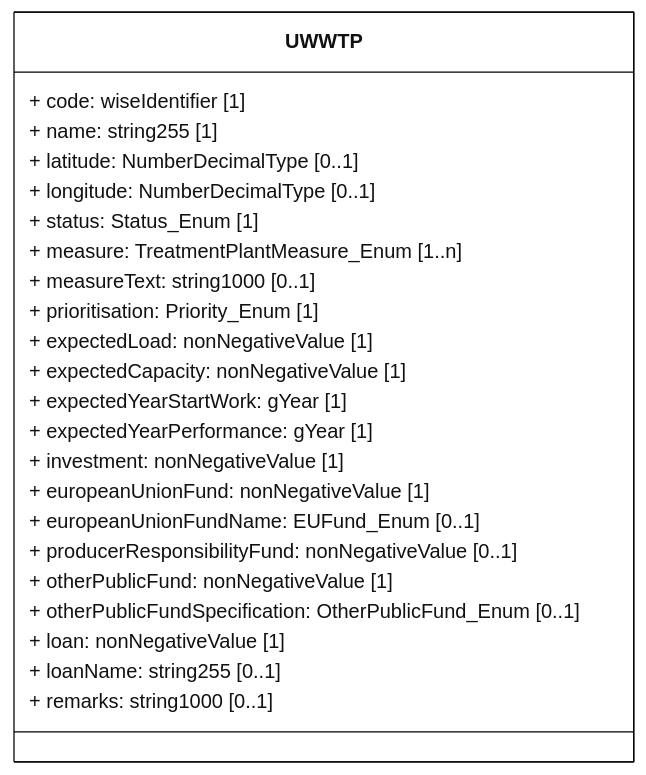
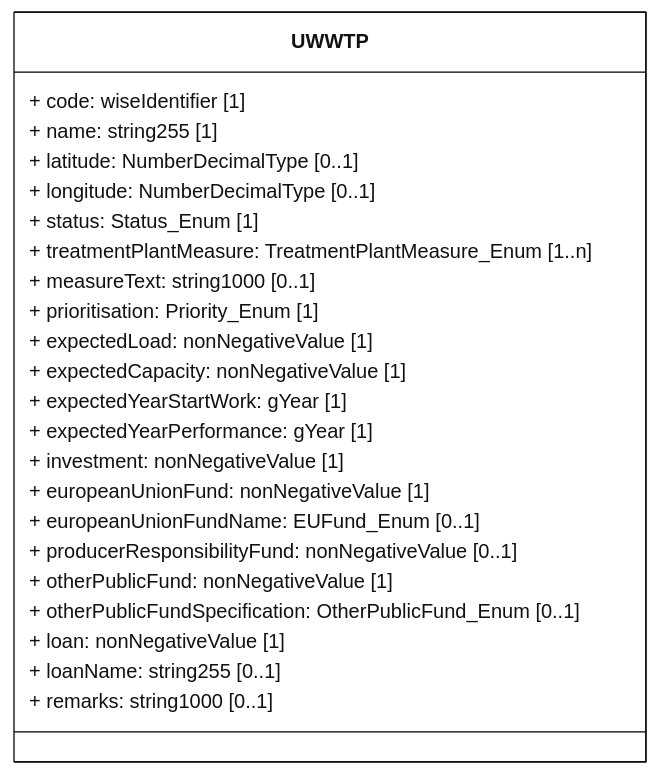
Before and after one commit to eeadata/WISE.UWWTD.Documentation: the diagram in docs/rUWWTD2024/Article23/mmd/Article23_UWWTP_ClassDiagram.mmd, drawn with Mermaid. The commit also changed 6 other files, not shown here.

```diff
--- a/docs/rUWWTD2024/Article23/mmd/Article23_UWWTP_ClassDiagram.mmd
+++ b/docs/rUWWTD2024/Article23/mmd/Article23_UWWTP_ClassDiagram.mmd
@@ -1,38 +1,38 @@
 ---
 config:
   class:
     hideEmptyMembersBox: true
   layout: dagre
   theme: neutral
 ---
 classDiagram
 direction LR
 
 class UWWTP{
     + code: wiseIdentifier [1]
     + name: string255 [1]
     + latitude: NumberDecimalType [0..1]
     + longitude: NumberDecimalType [0..1]
     + status: Status_Enum [1]
-    + measure: TreatmentPlantMeasure_Enum [1..n]
+    + treatmentPlantMeasure: TreatmentPlantMeasure_Enum [1..n]
     + measureText: string1000 [0..1]
     + prioritisation: Priority_Enum [1]
 
     + expectedLoad: nonNegativeValue [1]
     + expectedCapacity: nonNegativeValue [1]
     + expectedYearStartWork: gYear [1]
     + expectedYearPerformance: gYear [1]
 
     + investment: nonNegativeValue [1]
     + europeanUnionFund: nonNegativeValue [1]
     + europeanUnionFundName: EUFund_Enum [0..1]
     + producerResponsibilityFund: nonNegativeValue [0..1]
     + otherPublicFund: nonNegativeValue [1]
     + otherPublicFundSpecification: OtherPublicFund_Enum [0..1]
     + loan: nonNegativeValue [1]
     + loanName: string255 [0..1]
     + remarks: string1000 [0..1]
 }
 
 classDef default fill:white,stroke:#000;
 classDef forFixing fill:white,stroke:#f00;
```
